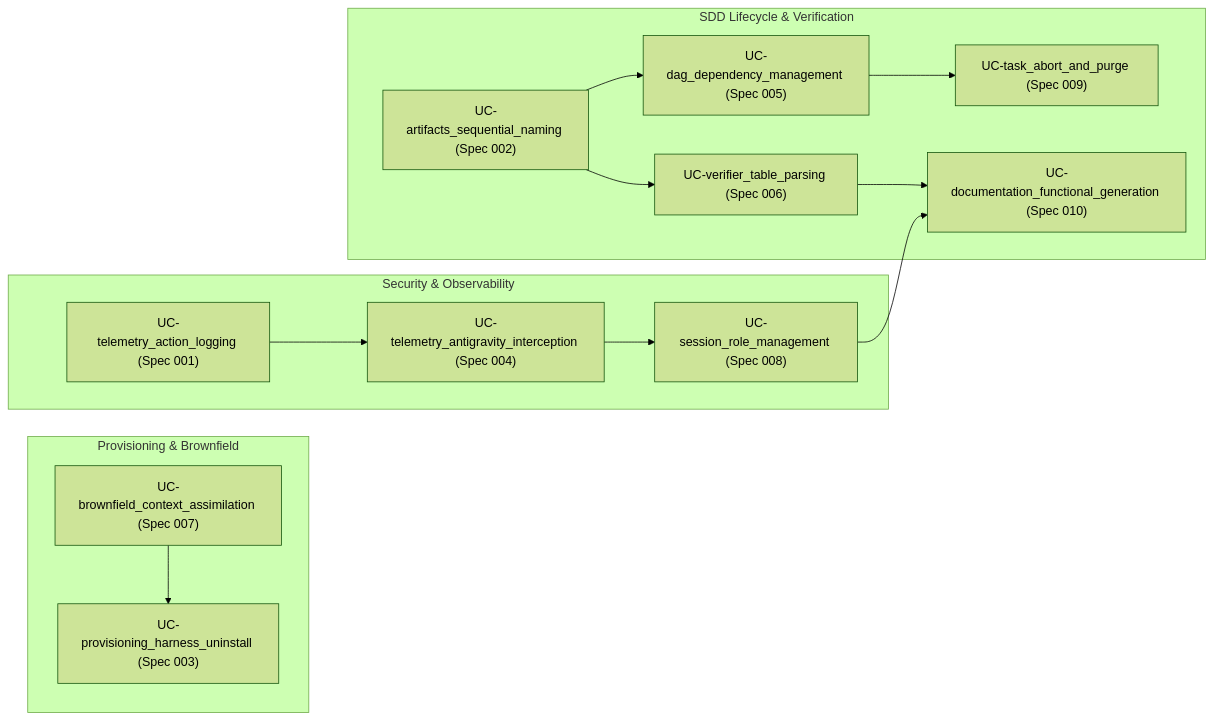
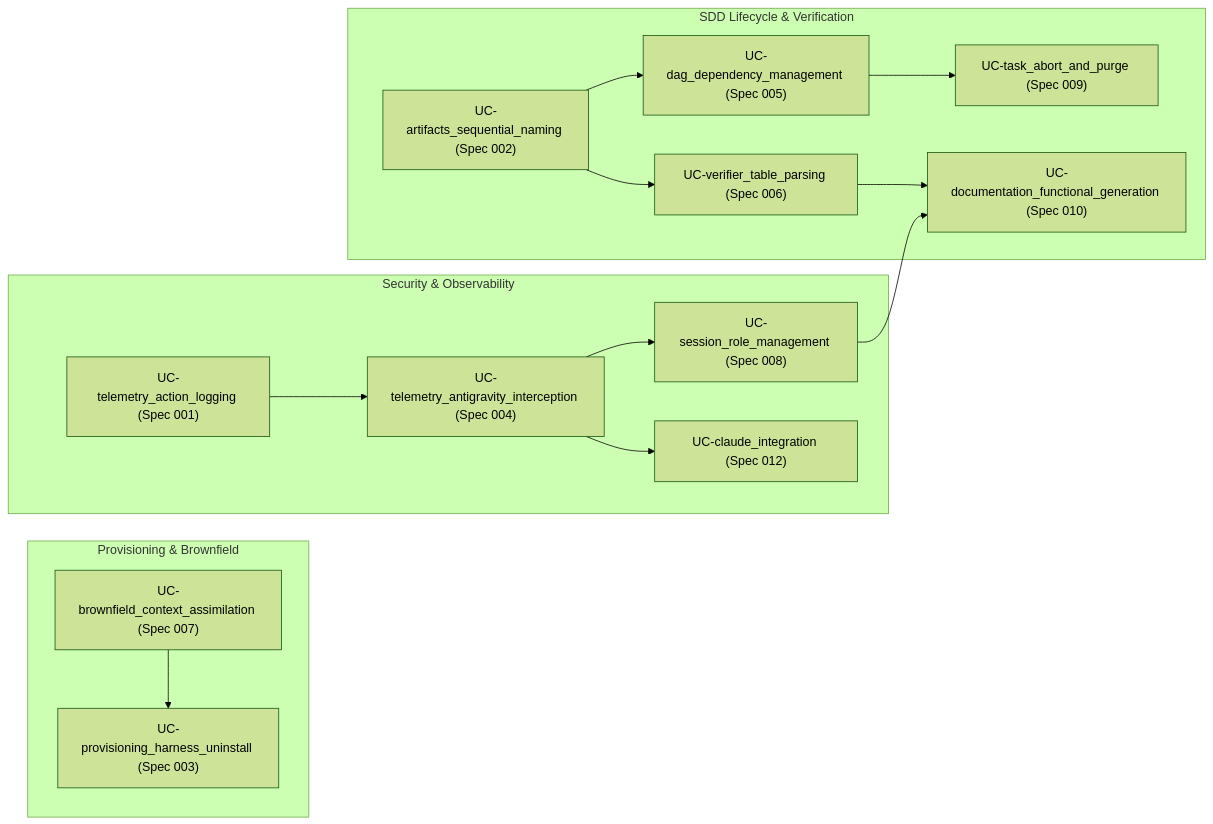
Before and after one commit to Calevin/seb-harness: the diagram in docs/use-cases/README.md, drawn with Mermaid (forest theme). The commit also changed other lines of this file and 18 other files, not shown here.

Commit message:
Spec 012 Soporte de Integración y Formato de Hooks para Claude

````diff
--- a/docs/use-cases/README.md
+++ b/docs/use-cases/README.md
@@ -22,19 +23,20 @@
 ```mermaid
 flowchart LR
     subgraph Provisioning["Provisioning & Brownfield"]
         UC007["UC-brownfield_context_assimilation (Spec 007)"] --> UC003["UC-provisioning_harness_uninstall (Spec 003)"]
     end
 
     subgraph CoreSDD["SDD Lifecycle & Verification"]
         UC002["UC-artifacts_sequential_naming (Spec 002)"] --> UC005["UC-dag_dependency_management (Spec 005)"]
         UC002 --> UC006["UC-verifier_table_parsing (Spec 006)"]
         UC005 --> UC009["UC-task_abort_and_purge (Spec 009)"]
         UC006 --> UC010["UC-documentation_functional_generation (Spec 010)"]
     end
 
     subgraph SecurityAndTelemetry["Security & Observability"]
         UC001["UC-telemetry_action_logging (Spec 001)"] --> UC004["UC-telemetry_antigravity_interception (Spec 004)"]
         UC004 --> UC008["UC-session_role_management (Spec 008)"]
         UC008 --> UC010
+        UC004 --> UC012["UC-claude_integration (Spec 012)"]
     end
 ```
````
